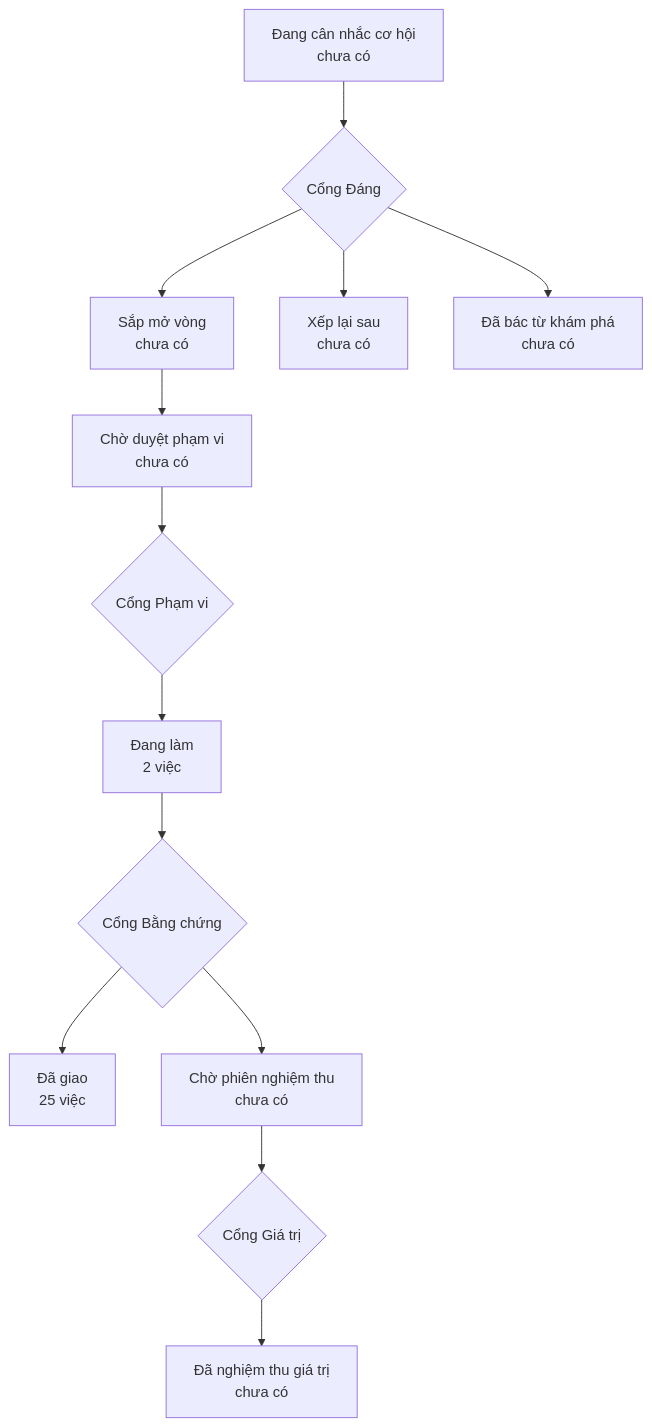
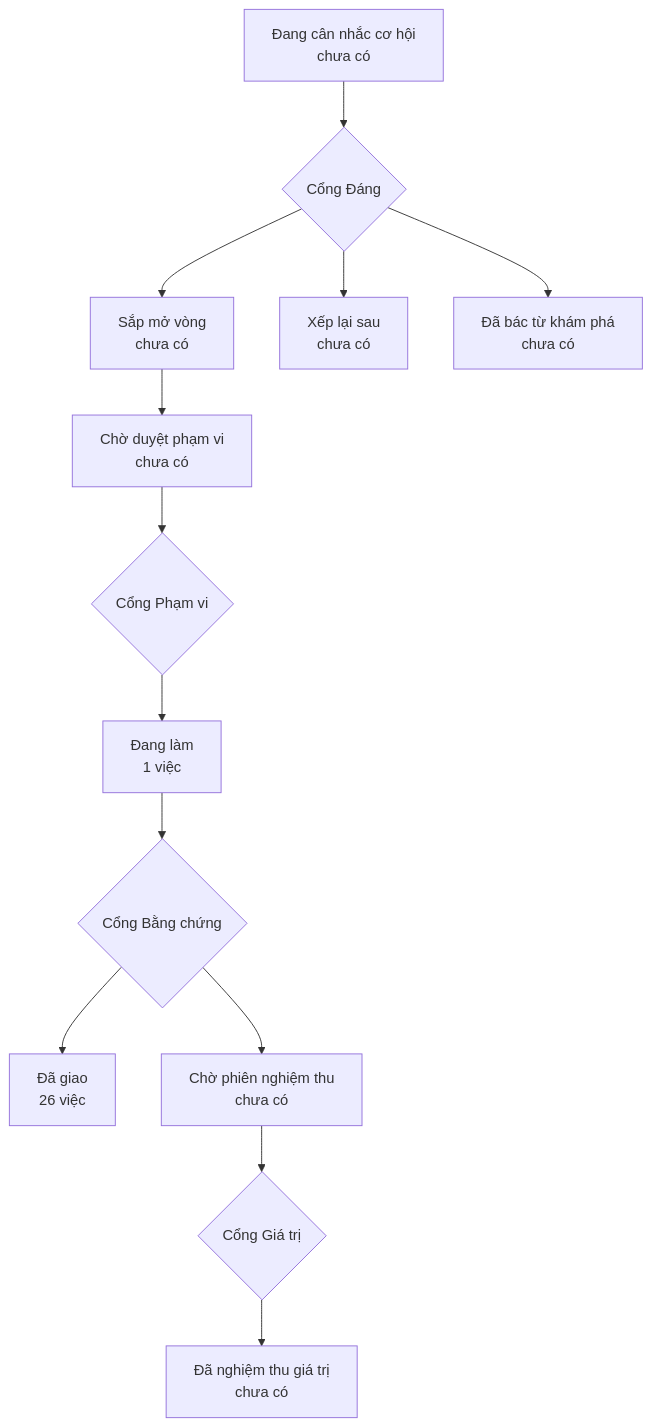
One commit to phanlemanh/acceptance-gate-kit changed the diagram in PRODUCT-MAP.md. Above: the diagram before and after it, drawn with Mermaid. The commit also changed 2 other files, not shown here.

Commit message:
Gate 2 signoff: discovery-brainstorm-socket — Manh Phan

````diff
--- a/PRODUCT-MAP.md
+++ b/PRODUCT-MAP.md
@@ -6,12 +6,12 @@
 ```mermaid
 flowchart TD
   A["Đang cân nhắc cơ hội<br/>chưa có"] --> GD{"Cổng Đáng"}
   GD --> B["Sắp mở vòng<br/>chưa có"]
   GD --> XL["Xếp lại sau<br/>chưa có"]
   GD --> DB["Đã bác từ khám phá<br/>chưa có"]
   B --> CD["Chờ duyệt phạm vi<br/>chưa có"] --> GP{"Cổng Phạm vi"}
-  GP --> DL["Đang làm<br/>2 việc"] --> GB{"Cổng Bằng chứng"}
-  GB --> DG["Đã giao<br/>25 việc"]
+  GP --> DL["Đang làm<br/>1 việc"] --> GB{"Cổng Bằng chứng"}
+  GB --> DG["Đã giao<br/>26 việc"]
   GB --> CN["Chờ phiên nghiệm thu<br/>chưa có"] --> GG{"Cổng Giá trị"}
   GG --> NT["Đã nghiệm thu giá trị<br/>chưa có"]
 ```
````
